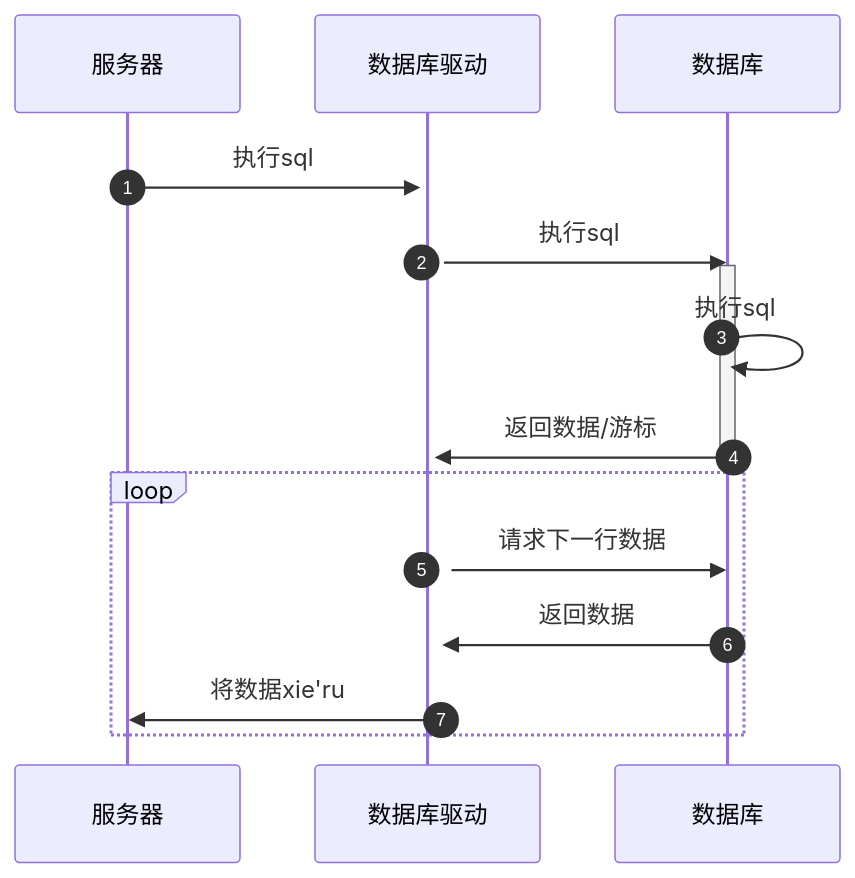
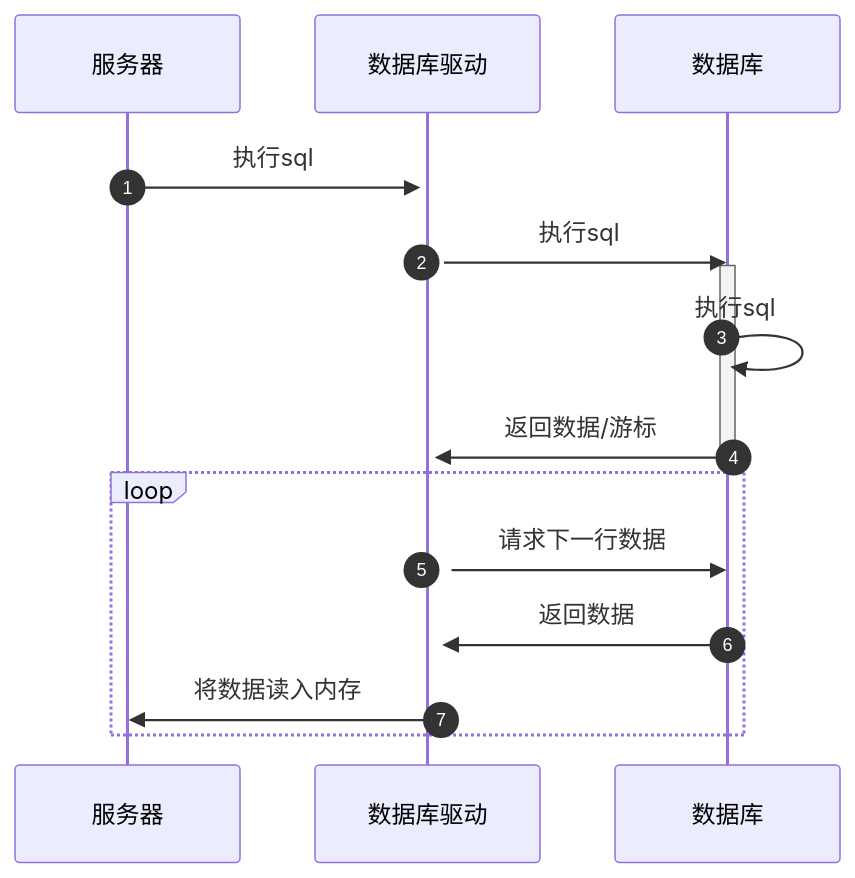
Before and after one commit to HY-10-8/iodraw-files: the diagram in all/AI-服务查询数据.md, drawn with Mermaid.

Commit message:
2025-11-27 17:44:44 update

````diff
--- a/all/AI-服务查询数据.md
+++ b/all/AI-服务查询数据.md
@@ -1,17 +1,19 @@
 ```mermaid
 sequenceDiagram
     autonumber
     服务器->>+数据库驱动: 执行sql
     数据库驱动->>数据库:执行sql
 
     activate 数据库
     数据库->>数据库: 执行sql
     数据库->>+数据库驱动: 返回数据/游标
     deactivate 数据库
 
     loop 
         数据库驱动->>数据库: 请求下一行数据
         数据库->>数据库驱动: 返回数据
-        数据库驱动->>服务器: 将数据xie'ru
+        数据库驱动->>服务器: 将数据读入内存
     end
+
+    
 ```
````
